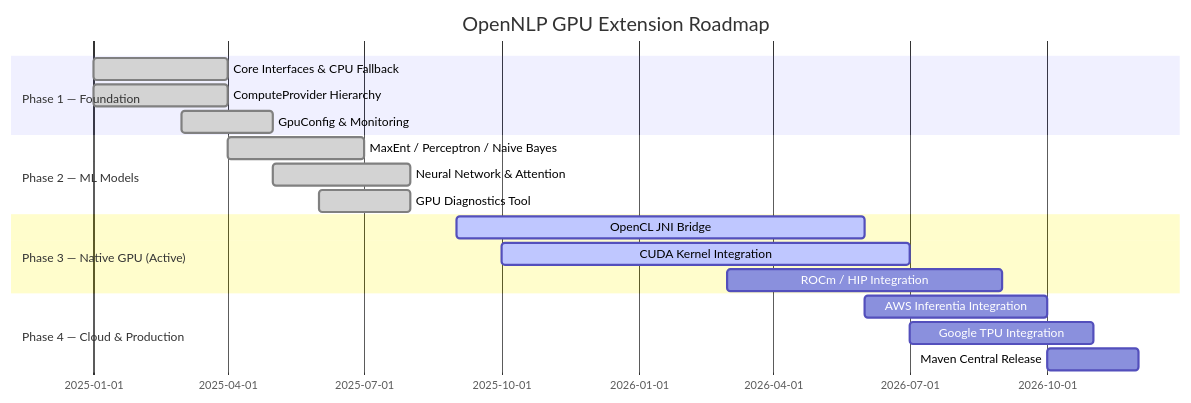
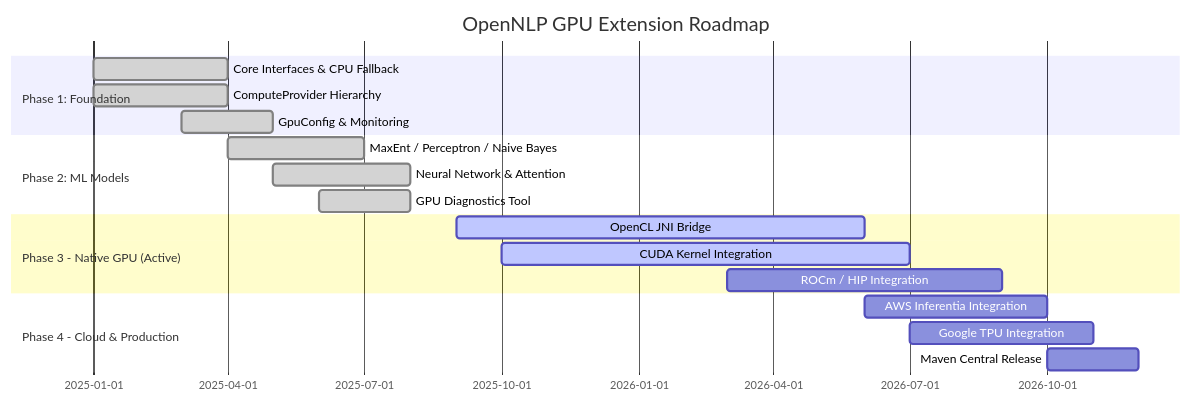
One commit to hkevin01/opennlp-gpu changed the fourth of 5 diagrams in README.md. Above: the diagram before and after it, drawn with Mermaid. The commit also changed other lines of this file and 116 other files, not shown here.

````diff
--- a/README.md
+++ b/README.md
@@ -582,21 +613,21 @@
 ```mermaid
 gantt
     title OpenNLP GPU Extension Roadmap
     dateFormat  YYYY-MM-DD
-    section Phase 1 — Foundation
+    section Phase 1: Foundation
         Core Interfaces & CPU Fallback     :done,    p1a, 2025-01-01, 2025-04-01
         ComputeProvider Hierarchy          :done,    p1b, 2025-01-01, 2025-04-01
         GpuConfig & Monitoring             :done,    p1c, 2025-03-01, 2025-05-01
-    section Phase 2 — ML Models
+    section Phase 2: ML Models
         MaxEnt / Perceptron / Naive Bayes  :done,    p2a, 2025-04-01, 2025-07-01
         Neural Network & Attention         :done,    p2b, 2025-05-01, 2025-08-01
         GPU Diagnostics Tool               :done,    p2c, 2025-06-01, 2025-08-01
-    section Phase 3 — Native GPU (Active)
+    section Phase 3 - Native GPU (Active)
         OpenCL JNI Bridge                  :active,  p3a, 2025-09-01, 2026-06-01
         CUDA Kernel Integration            :active,  p3b, 2025-10-01, 2026-07-01
         ROCm / HIP Integration             :         p3c, 2026-03-01, 2026-09-01
-    section Phase 4 — Cloud & Production
+    section Phase 4 - Cloud & Production
         AWS Inferentia Integration         :         p4a, 2026-06-01, 2026-10-01
         Google TPU Integration             :         p4b, 2026-07-01, 2026-11-01
         Maven Central Release              :         p4c, 2026-10-01, 2026-12-01
 ```
````
